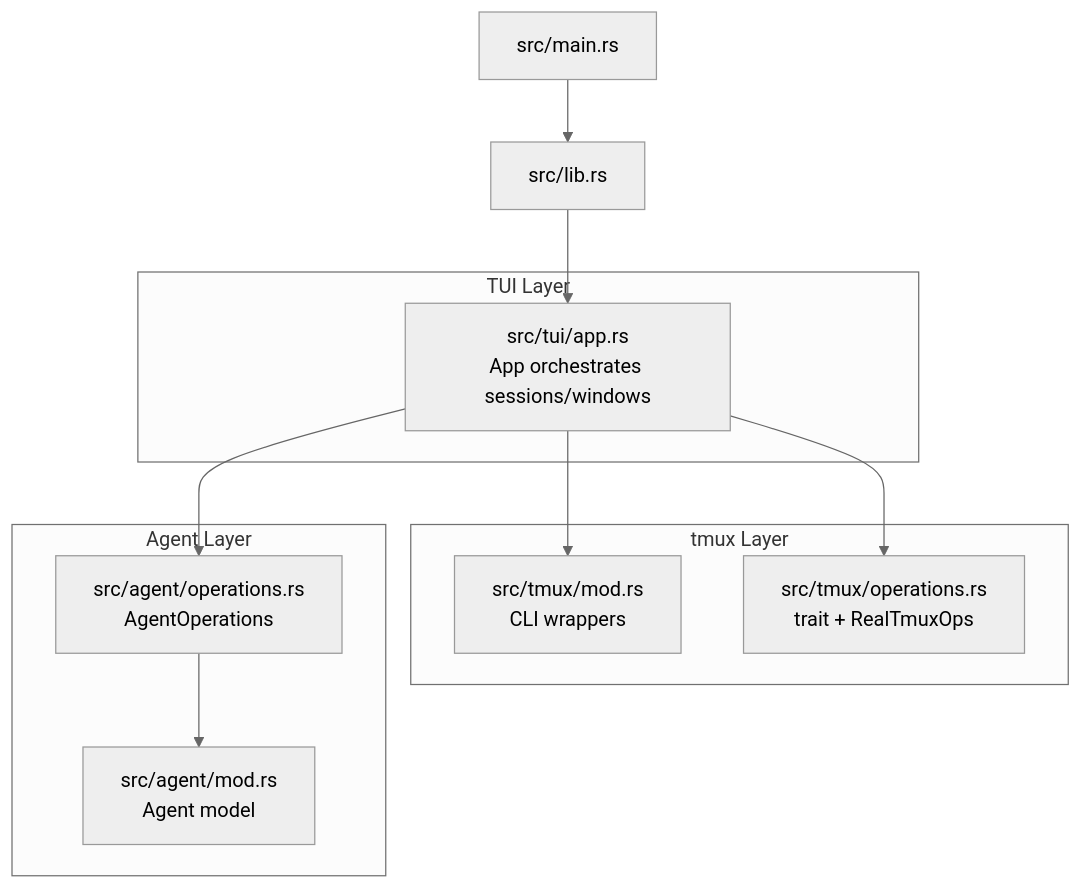
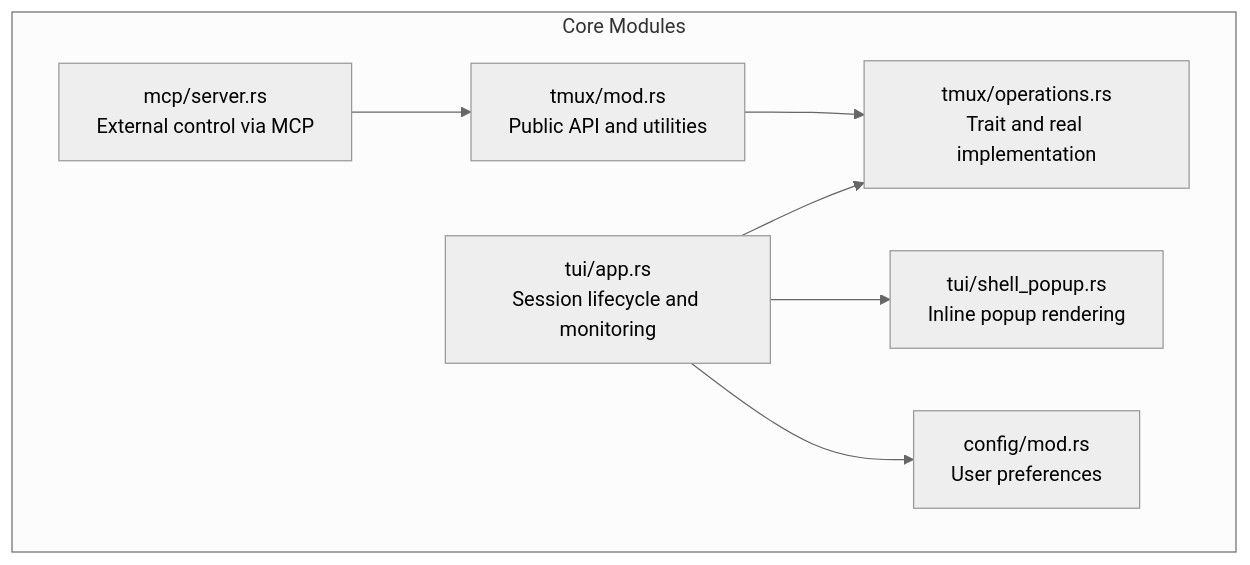
The first of 9 diagrams in .qoder/repowiki/en/content/tmux Integration/tmux Integration.md (bramburn/agtx), drawn with Mermaid (neutral theme) before and after one commit. The commit also changed other lines of this file and 140 other files, not shown here.

First line of the commit message:
fix(tui): add F2 footer navigation support to shell popup

````diff
--- a/.qoder/repowiki/en/content/tmux Integration/tmux Integration.md
+++ b/.qoder/repowiki/en/content/tmux Integration/tmux Integration.md
@@ -35,22 +39,16 @@
 ```mermaid
 graph TB
-subgraph "tmux Layer"
-TMOD["src/tmux/mod.rs<br/>CLI wrappers"]
-TOPS["src/tmux/operations.rs<br/>trait + RealTmuxOps"]
+subgraph "Core Modules"
+TMUX_MOD["tmux/mod.rs<br/>Public API and utilities"]
+TMUX_OPS["tmux/operations.rs<br/>Trait and real implementation"]
+TUI_APP["tui/app.rs<br/>Session lifecycle and monitoring"]
+SHELL_POPUP["tui/shell_popup.rs<br/>Inline popup rendering"]
+MCP_SERVER["mcp/server.rs<br/>External control via MCP"]
+CONFIG["config/mod.rs<br/>User preferences"]
 end
-subgraph "TUI Layer"
-APP["src/tui/app.rs<br/>App orchestrates sessions/windows"]
-end
-subgraph "Agent Layer"
-AGMOD["src/agent/mod.rs<br/>Agent model"]
-AGOPS["src/agent/operations.rs<br/>AgentOperations"]
-end
-LIB["src/lib.rs"]
-MAIN["src/main.rs"]
-APP --> TOPS
-APP --> AGOPS
-APP --> TMOD
-AGOPS --> AGMOD
-LIB --> APP
-MAIN --> LIB
+TMUX_MOD --> TMUX_OPS
+TUI_APP --> TMUX_OPS
+TUI_APP --> SHELL_POPUP
+MCP_SERVER --> TMUX_MOD
+TUI_APP --> CONFIG
 ```
````
